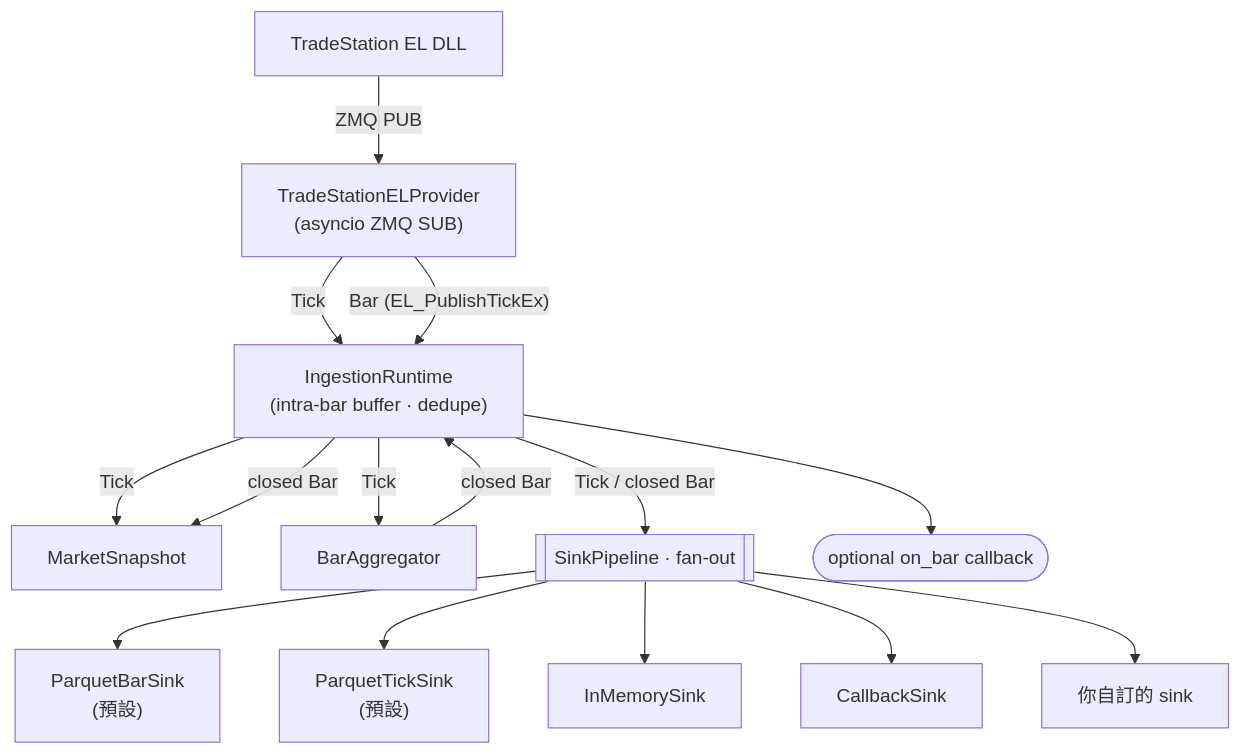
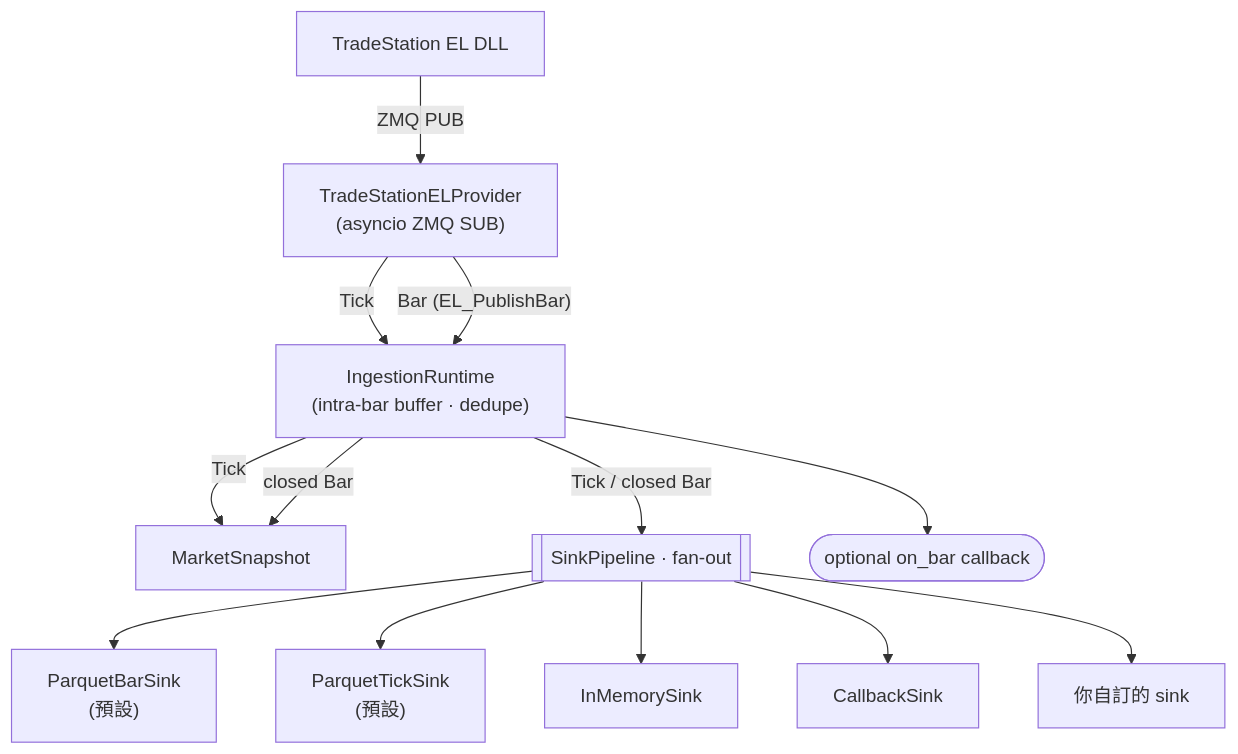
One commit to millerlai/tradestation-data-provider changed the diagram in bindings/python/README.zh-TW.md. Above: the diagram before and after it, drawn with Mermaid. The commit also changed other lines of this file and 14 other files, not shown here.

````diff
--- a/bindings/python/README.zh-TW.md
+++ b/bindings/python/README.zh-TW.md
@@ -28,31 +31,28 @@
 ```mermaid
 flowchart TD
     DLL["TradeStation EL DLL"]
     Provider["TradeStationELProvider<br/>(asyncio ZMQ SUB)"]
     Runtime["IngestionRuntime<br/>(intra-bar buffer · dedupe)"]
     Snapshot["MarketSnapshot"]
-    Aggregator["BarAggregator"]
     Pipeline[["SinkPipeline · fan-out"]]
     OnBar(["optional on_bar callback"])
 
     PBar["ParquetBarSink<br/>(預設)"]
     PTick["ParquetTickSink<br/>(預設)"]
     Memory["InMemorySink"]
     Callback["CallbackSink"]
     Custom["你自訂的 sink"]
 
     DLL -- "ZMQ PUB" --> Provider
     Provider -- "Tick" --> Runtime
-    Provider -- "Bar (EL_PublishTickEx)" --> Runtime
+    Provider -- "Bar (EL_PublishBar)" --> Runtime
     Runtime -- "Tick" --> Snapshot
-    Runtime -- "Tick" --> Aggregator
-    Aggregator -- "closed Bar" --> Runtime
     Runtime -- "closed Bar" --> Snapshot
     Runtime -- "Tick / closed Bar" --> Pipeline
     Runtime --> OnBar
     Pipeline --> PBar
     Pipeline --> PTick
     Pipeline --> Memory
     Pipeline --> Callback
     Pipeline --> Custom
 ```
````
